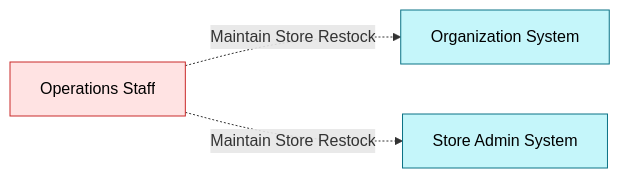
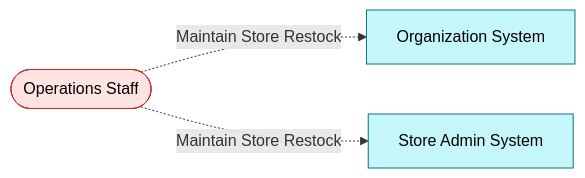
One commit to manji-0/rdra-ish-dsl changed the first of 11 diagrams in docs/diagram-sample-review.md. Above: the diagram before and after it, drawn with Mermaid. The commit also changed other lines of this file and 95 other files, not shown here.

````diff
--- a/docs/diagram-sample-review.md
+++ b/docs/diagram-sample-review.md
@@ -62,15 +64,15 @@
 ```mermaid
 %% rdra-ish diagram=context scope=whole model=samples/incremental-order/step-6-business-rules/src
 %% kinds: actor system
 %% omitted: buc permission
 flowchart LR
-  actor__OpsStaff["Operations Staff"]:::actor
+  actor__OpsStaff(["Operations Staff"]):::actor
   system__OrganizationSystem["Organization System"]:::system
   system__StoreAdminSystem["Store Admin System"]:::system
   actor__OpsStaff -.->|Maintain Store Restock| system__OrganizationSystem
   %% derived actor__OpsStaff -> system__OrganizationSystem via buc__BucStoreRestock
   actor__OpsStaff -.->|Maintain Store Restock| system__StoreAdminSystem
   %% derived actor__OpsStaff -> system__StoreAdminSystem via buc__BucStoreRestock
   classDef actor fill:#ffe3e3,stroke:#c92a2a,color:#000;
   classDef system fill:#c5f6fa,stroke:#0b7285,color:#000;
 ```
````
